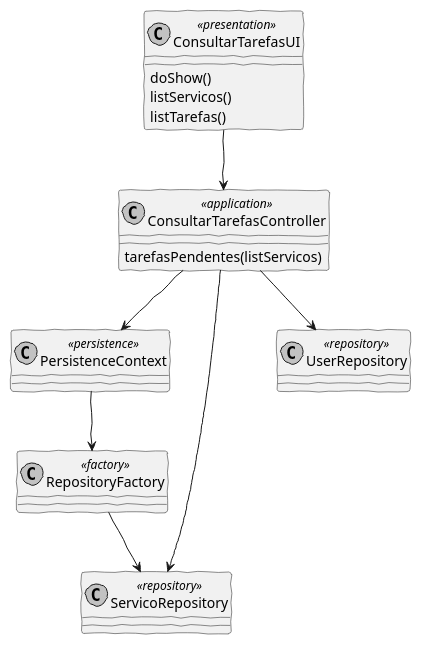
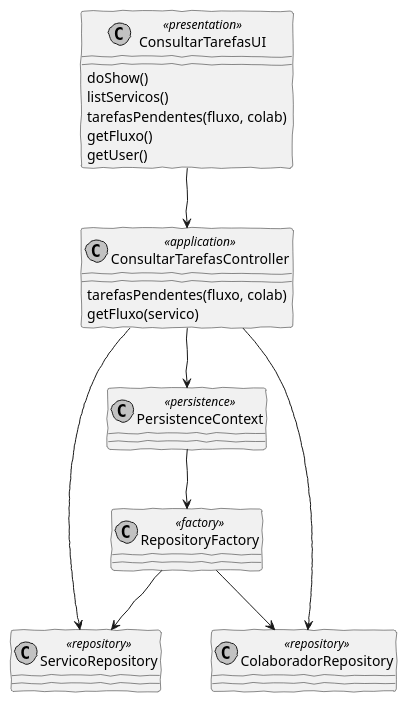
The diagram in docs/Sprint C/1190769/US3021/CD.puml (pedrolemos4/LAPR4), drawn with PlantUML before and after one commit. The commit also changed 3 other files, not shown here.

```diff
--- a/docs/Sprint C/1190769/US3021/CD.puml
+++ b/docs/Sprint C/1190769/US3021/CD.puml
@@ -1,31 +1,35 @@
 @startuml
 'http://plantuml.com/skinparam.html
 skinparam handwritten true
 skinparam monochrome true
 skinparam packageStyle rect
 skinparam defaultFontName FG Virgil
 skinparam shadowing false
 
 class ConsultarTarefasUI <<presentation>>
 class ConsultarTarefasController <<application>>
 class PersistenceContext <<persistence>>
 class RepositoryFactory <<factory>>
 class ServicoRepository <<repository>>
-class UserRepository <<repository>>
+class ColaboradorRepository <<repository>>
 
 
 ConsultarTarefasUI --> ConsultarTarefasController
 ConsultarTarefasUI : doShow()
 ConsultarTarefasUI : listServicos()
-ConsultarTarefasUI : listTarefas()
+ConsultarTarefasUI : tarefasPendentes(fluxo, colab)
+ConsultarTarefasUI : getFluxo()
+ConsultarTarefasUI : getUser()
 
-ConsultarTarefasController : tarefasPendentes(listServicos)
+ConsultarTarefasController : tarefasPendentes(fluxo, colab)
+ConsultarTarefasController : getFluxo(servico)
 
 ConsultarTarefasController --> ServicoRepository
-ConsultarTarefasController --> UserRepository
+ConsultarTarefasController --> ColaboradorRepository
 ConsultarTarefasController --> PersistenceContext
 PersistenceContext --> RepositoryFactory
 
 RepositoryFactory --> ServicoRepository
+RepositoryFactory --> ColaboradorRepository
 
 @enduml
```
